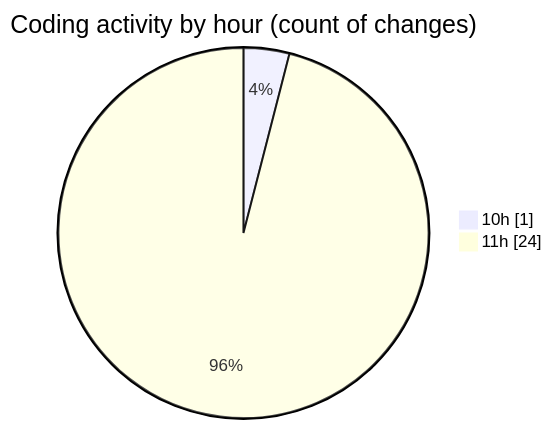
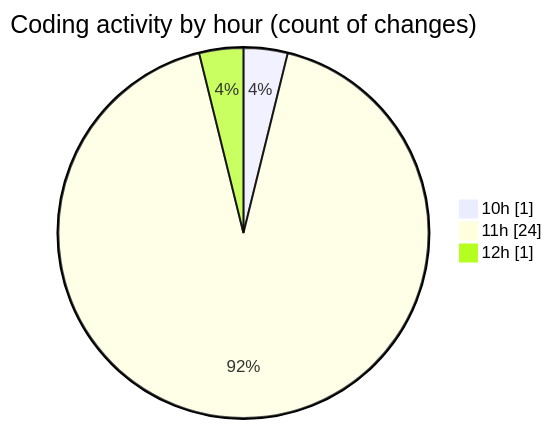
The second of 2 diagrams in 2025-10-03/untitled__workspace_/README.md (debugP/code-tracking), drawn with Mermaid before and after one commit. The commit also changed other lines of this file and 1 other file, not shown here.

````diff
--- a/2025-10-03/untitled__workspace_/README.md
+++ b/2025-10-03/untitled__workspace_/README.md
@@ -28,6 +28,7 @@
 ```mermaid
 pie showData
 title Coding activity by hour (count of changes)
 "10h" : 1
 "11h" : 24
+"12h" : 1
 ```
````
